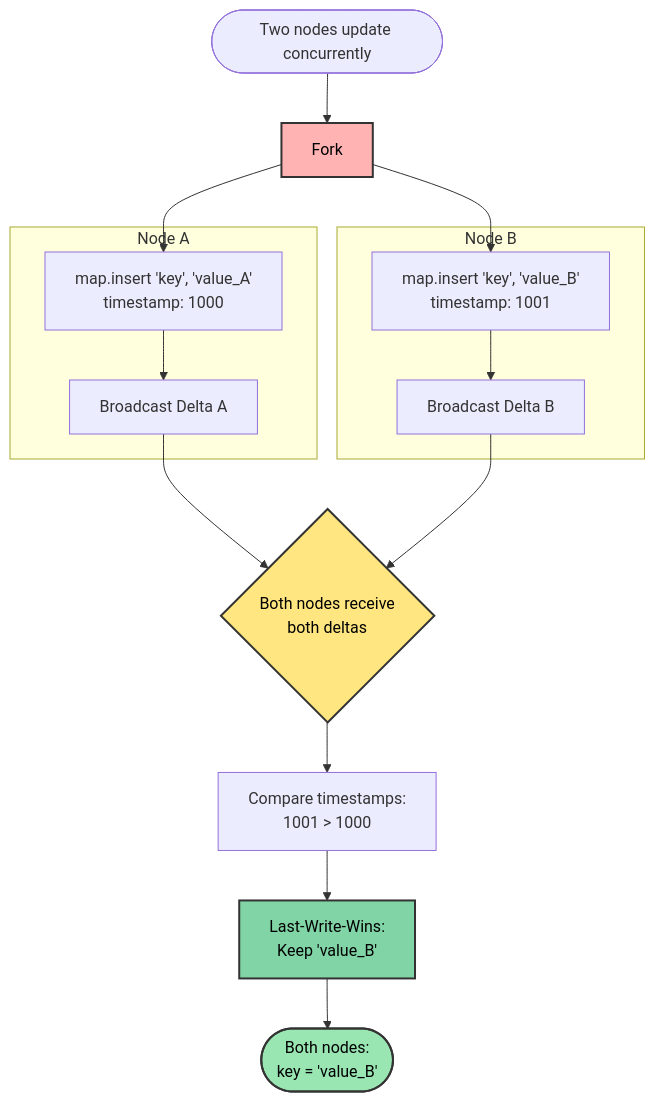
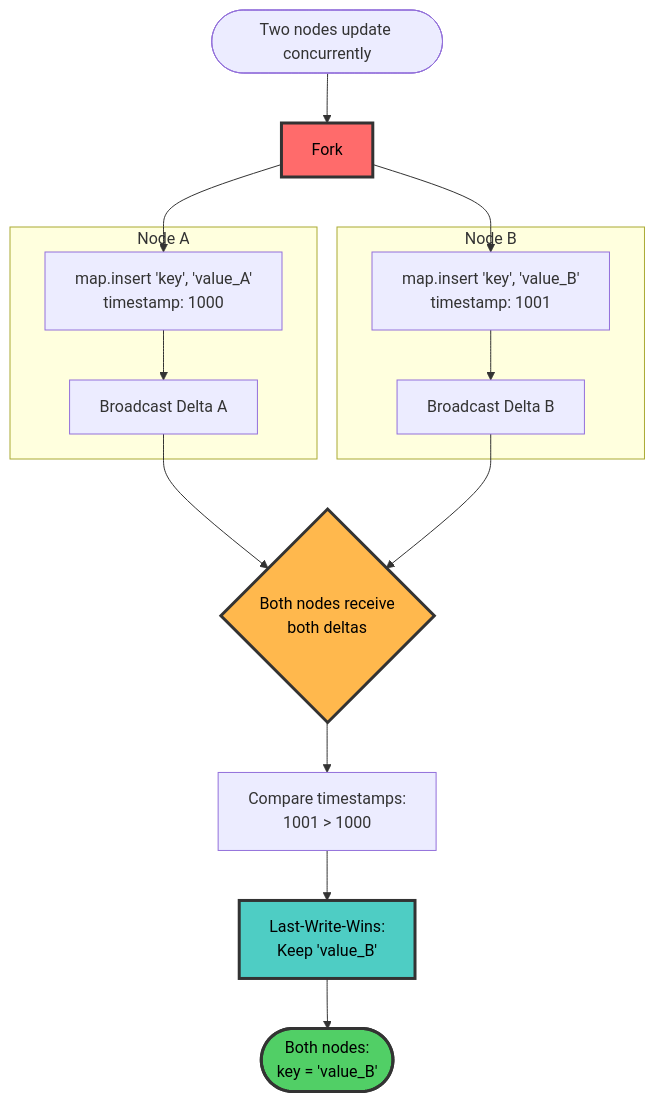
Before and after one commit to calimero-network/core: the third of 7 diagrams in crates/sdk/README.md, drawn with Mermaid. The commit also changed other lines of this file and 3 other files, not shown here.

First line of the commit message:
docs: improve mermaid diagram accessibility with high-contrast colors

````diff
--- a/crates/sdk/README.md
+++ b/crates/sdk/README.md
@@ -153,31 +153,31 @@
 ```mermaid
 flowchart TB
     Start([Two nodes update concurrently]) --> Fork
     
     subgraph "Node A"
         A1[map.insert 'key', 'value_A'<br/>timestamp: 1000]
         A1 --> A2[Broadcast Delta A]
     end
     
     subgraph "Node B"
         B1[map.insert 'key', 'value_B'<br/>timestamp: 1001]
         B1 --> B2[Broadcast Delta B]
     end
     
     Fork --> A1
     Fork --> B1
     
     A2 --> Merge{Both nodes receive<br/>both deltas}
     B2 --> Merge
     
     Merge --> Compare[Compare timestamps:<br/>1001 > 1000]
     
     Compare --> LWW[Last-Write-Wins:<br/>Keep 'value_B']
     
     LWW --> Converge([Both nodes:<br/>key = 'value_B'])
     
-    style Fork fill:#ffb3b3,stroke:#333,stroke-width:2px,color:#000
-    style Merge fill:#ffe680,stroke:#333,stroke-width:2px,color:#000
-    style LWW fill:#80d4a6,stroke:#333,stroke-width:2px,color:#000
-    style Converge fill:#99e6b3,stroke:#333,stroke-width:2px,color:#000
+    style Fork fill:#FF6B6B,stroke:#333,stroke-width:3px,color:#000
+    style Merge fill:#FFB84D,stroke:#333,stroke-width:3px,color:#000
+    style LWW fill:#4ECDC4,stroke:#333,stroke-width:3px,color:#000
+    style Converge fill:#51CF66,stroke:#333,stroke-width:3px,color:#000
 ```
````
